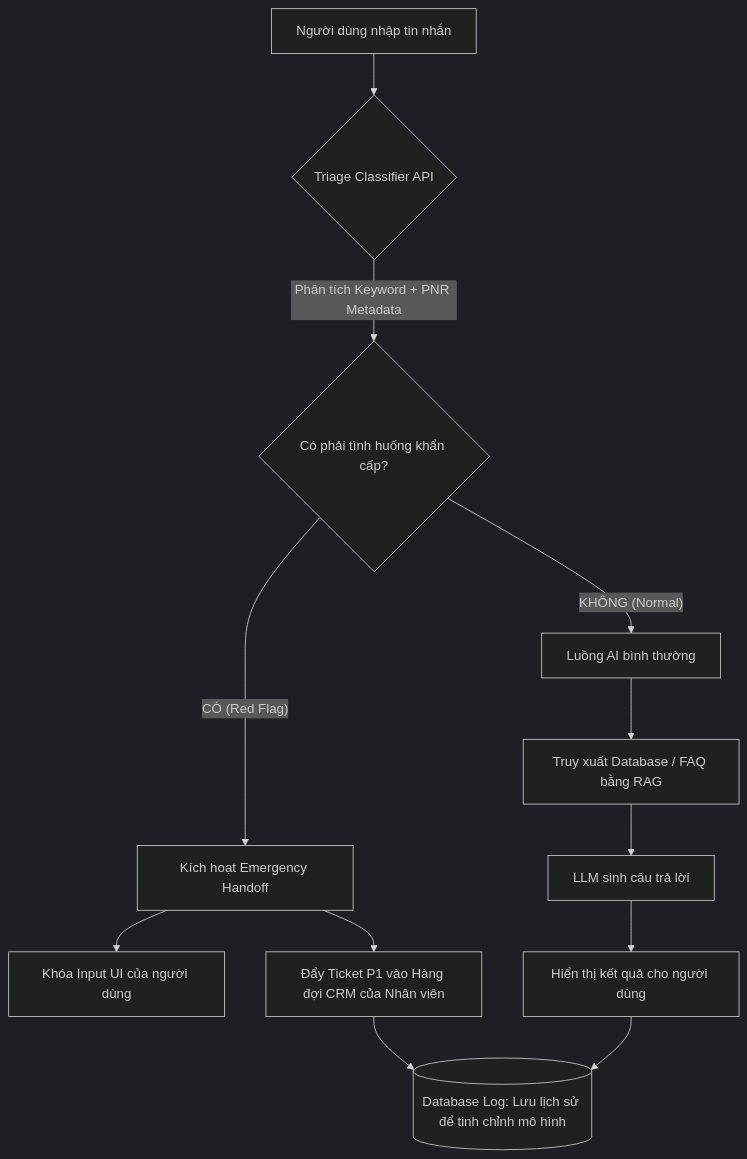
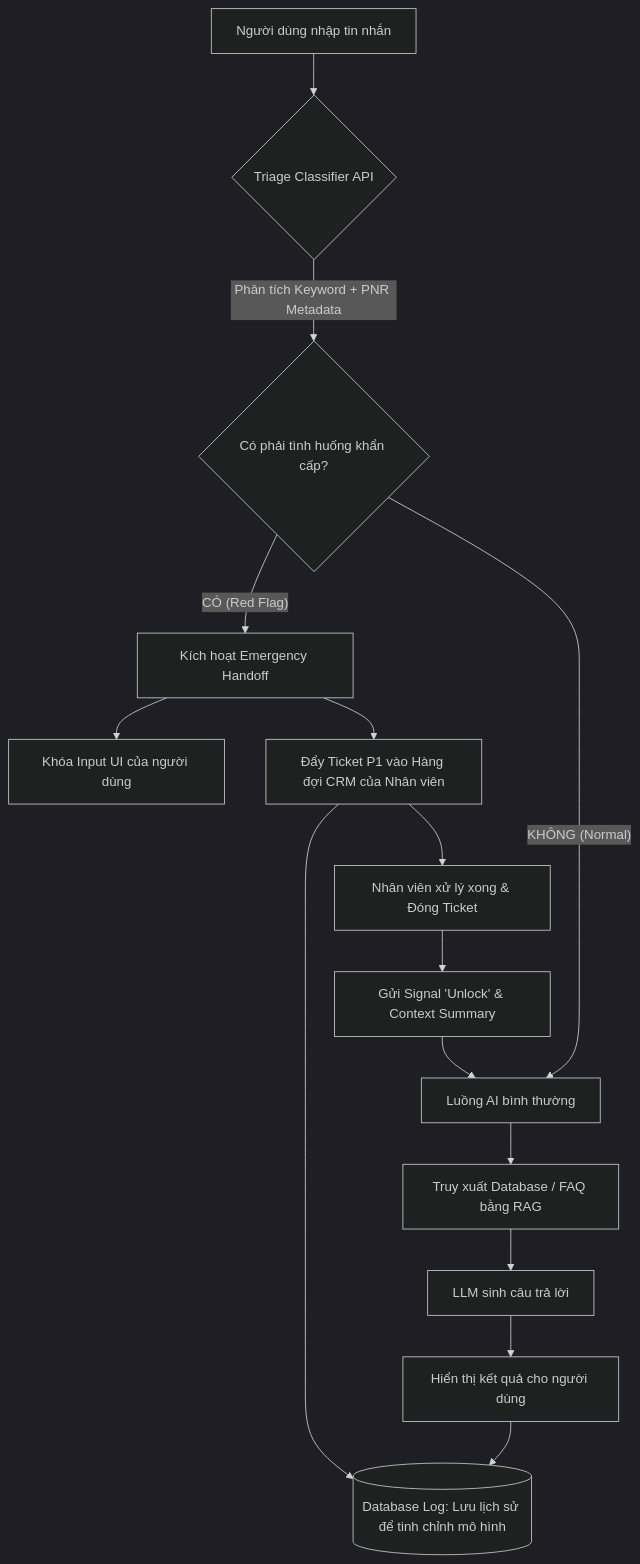
Before and after one commit to chitrinh14/Day25-G9: the diagram in worksheet/02-solution-design/artifact/3-architecture/demo.md, drawn with Mermaid (dark theme). The commit also changed 1 other file, not shown here.

Commit message:
update architecture after feedback

````diff
--- a/worksheet/02-solution-design/artifact/3-architecture/demo.md
+++ b/worksheet/02-solution-design/artifact/3-architecture/demo.md
@@ -16,17 +16,21 @@
 ```mermaid
 graph TD
     A[Người dùng nhập tin nhắn] --> B{Triage Classifier API}
     B -- Phân tích Keyword + PNR Metadata --> C{Có phải tình huống khẩn cấp?}
     
     C -- CÓ (Red Flag) --> D[Kích hoạt Emergency Handoff]
     D --> E[Khóa Input UI của người dùng]
     D --> F[Đẩy Ticket P1 vào Hàng đợi CRM của Nhân viên]
+
+    F --> L[Nhân viên xử lý xong & Đóng Ticket]
+    L --> M[Gửi Signal 'Unlock' & Context Summary]
+    M --> G[Luồng AI bình thường]
     
     C -- KHÔNG (Normal) --> G[Luồng AI bình thường]
     G --> H[Truy xuất Database / FAQ bằng RAG]
     H --> I[LLM sinh câu trả lời]
     I --> J[Hiển thị kết quả cho người dùng]
     
     F --> K[(Database Log: Lưu lịch sử để tinh chỉnh mô hình)]
     J --> K
 ```
````
